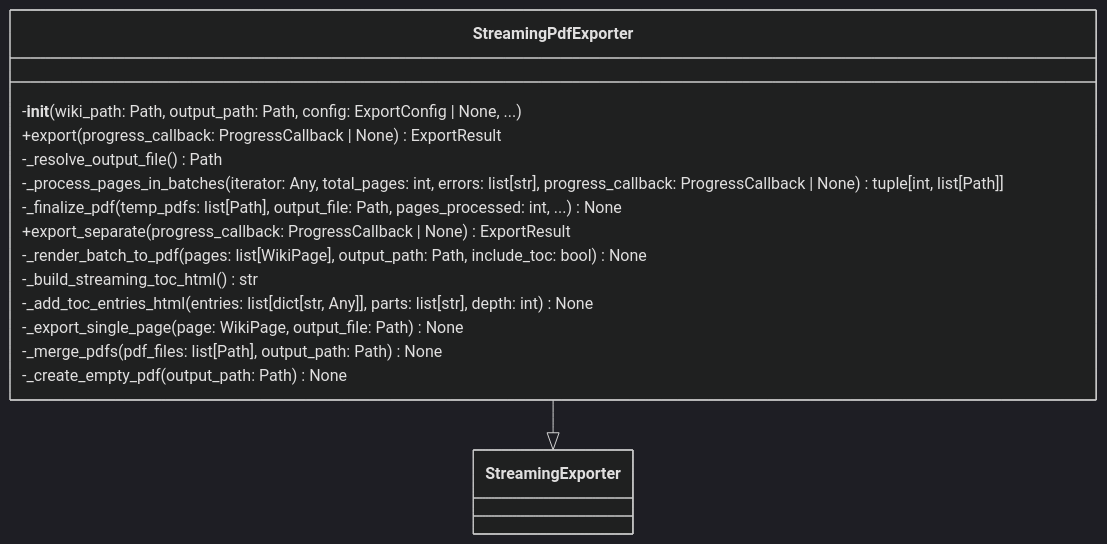
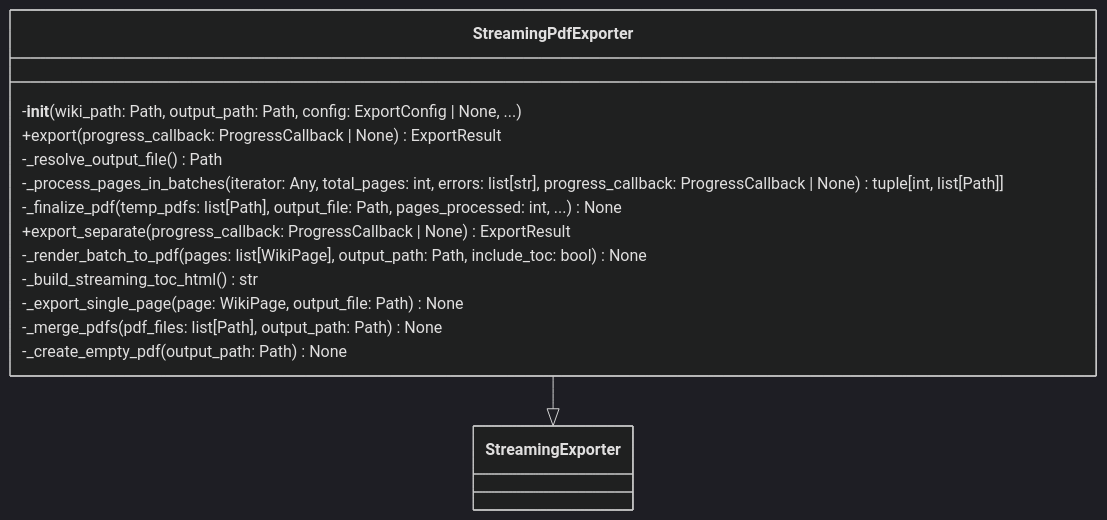
Before and after one commit to UrbanDiver/local-deepwiki-mcp: the first of 2 diagrams in .deepwiki/files/src/local_deepwiki/export/pdf.md, drawn with Mermaid (dark theme). The commit also changed other lines of this file and 225 other files, not shown here.

````diff
--- a/.deepwiki/files/src/local_deepwiki/export/pdf.md
+++ b/.deepwiki/files/src/local_deepwiki/export/pdf.md
@@ -435,18 +434,17 @@
 ```mermaid
 classDiagram
     class StreamingPdfExporter {
         -__init__(wiki_path: Path, output_path: Path, config: ExportConfig | None, ...)
         +export(progress_callback: ProgressCallback | None) ExportResult
         -_resolve_output_file() Path
         -_process_pages_in_batches(iterator: Any, total_pages: int, errors: list[str], progress_callback: ProgressCallback | None) tuple[int, list[Path]]
         -_finalize_pdf(temp_pdfs: list[Path], output_file: Path, pages_processed: int, ...) None
         +export_separate(progress_callback: ProgressCallback | None) ExportResult
         -_render_batch_to_pdf(pages: list[WikiPage], output_path: Path, include_toc: bool) None
         -_build_streaming_toc_html() str
-        -_add_toc_entries_html(entries: list[dict[str, Any]], parts: list[str], depth: int) None
         -_export_single_page(page: WikiPage, output_file: Path) None
         -_merge_pdfs(pdf_files: list[Path], output_path: Path) None
         -_create_empty_pdf(output_path: Path) None
     }
     StreamingPdfExporter --|> StreamingExporter
 ```
````
